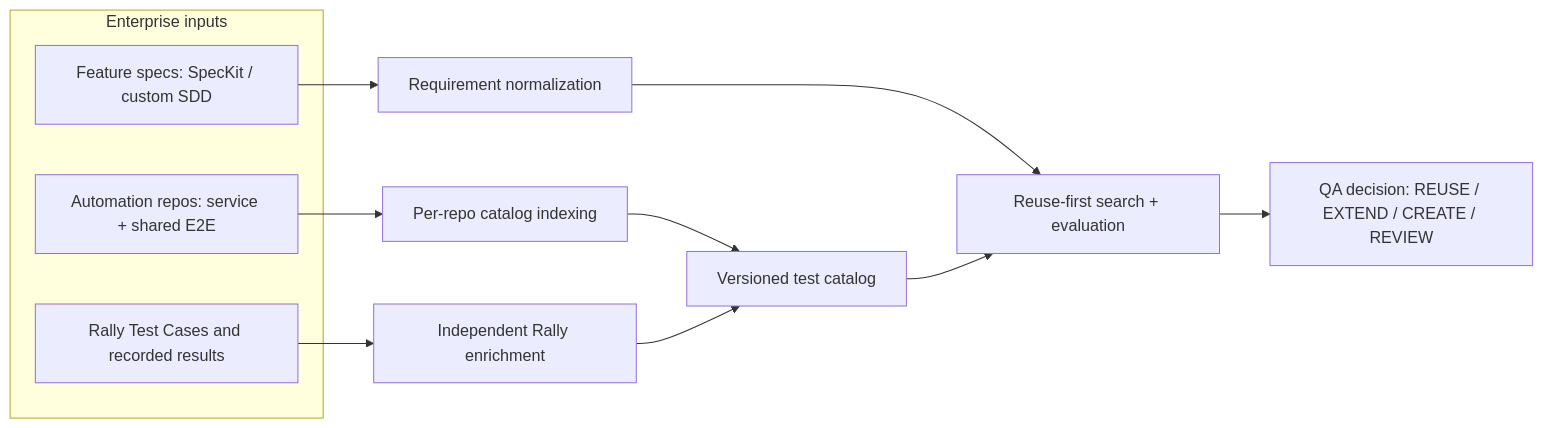
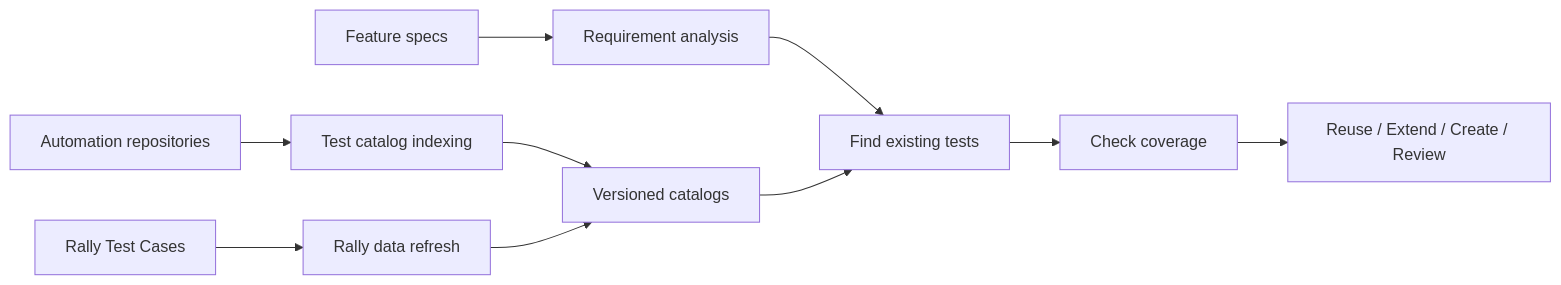
Before and after one commit to ghostlives/qa-catalog-indexing-architecture: the diagram in README.md, drawn with Mermaid. The commit also changed other lines of this file and 5 other files, not shown here.

Commit message:
docs: review and simplify solution architecture language

````diff
--- a/README.md
+++ b/README.md
@@ -30,16 +35,12 @@
 ```mermaid
 flowchart LR
-  subgraph Sources["Enterprise inputs"]
-    A["Automation repos: service + shared E2E"]
-    S["Feature specs: SpecKit / custom SDD"]
-    R["Rally Test Cases and recorded results"]
-  end
-  A --> I["Per-repo catalog indexing"]
-  I --> C["Versioned test catalog"]
-  R --> E["Independent Rally enrichment"]
-  E --> C
-  S --> N["Requirement normalization"]
-  N --> Q["Reuse-first search + evaluation"]
-  C --> Q
-  Q --> O["QA decision: REUSE / EXTEND / CREATE / REVIEW"]
+    A["Automation repositories"] --> B["Test catalog indexing"]
+    B --> C["Versioned catalogs"]
+    R["Rally Test Cases"] --> E["Rally data refresh"]
+    E --> C
+    S["Feature specs"] --> N["Requirement analysis"]
+    N --> Q["Find existing tests"]
+    C --> Q
+    Q --> V["Check coverage"]
+    V --> O["Reuse / Extend / Create / Review"]
 ```
````
